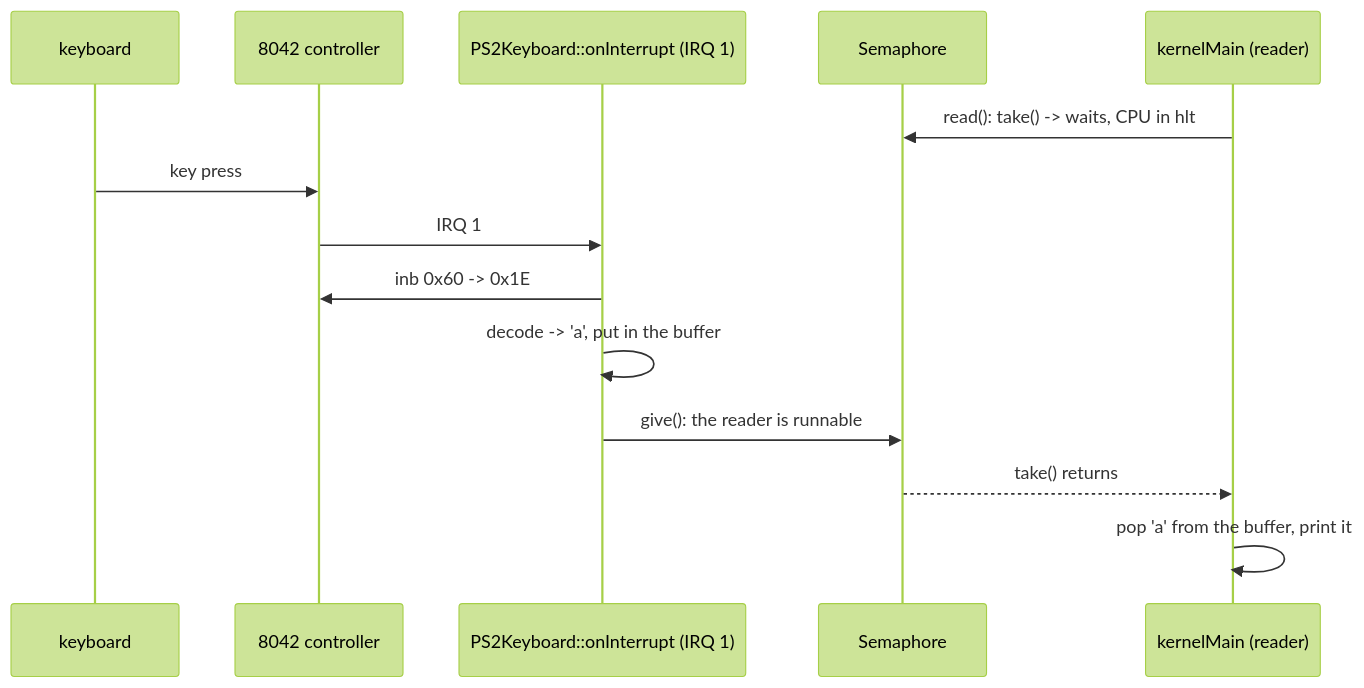
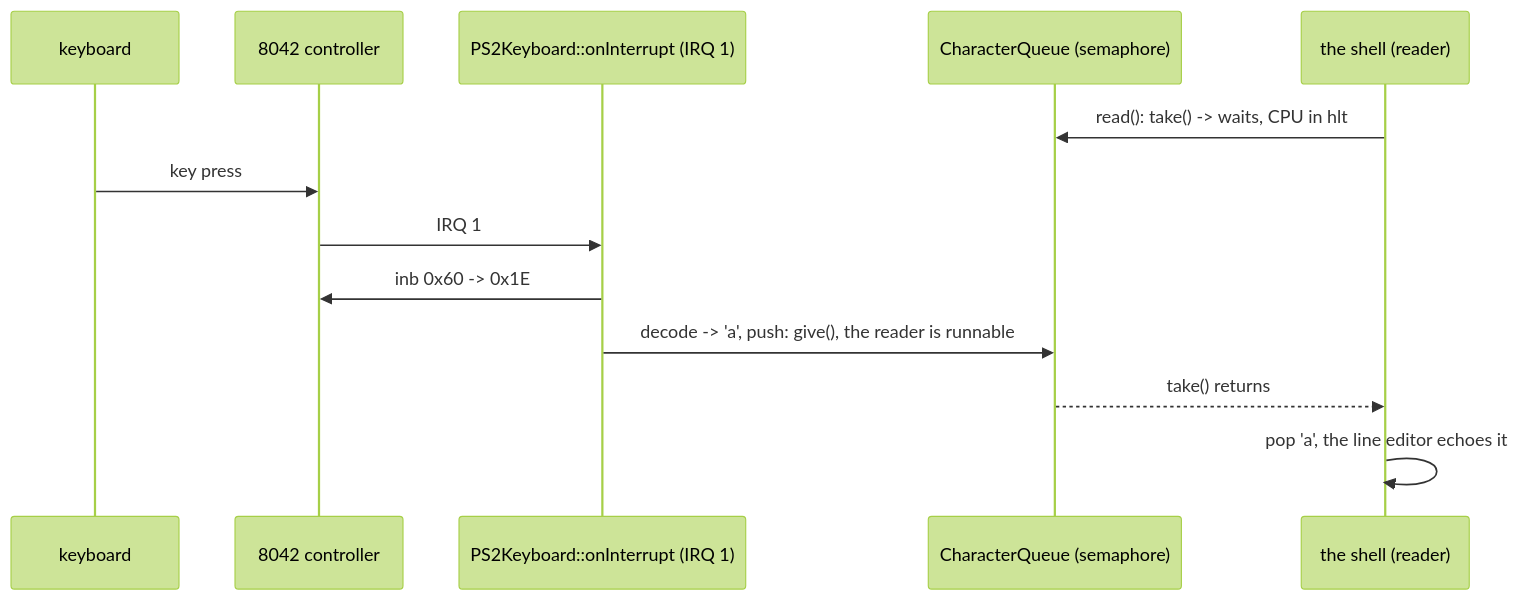
One commit to oguzhankynk/atlOS changed the first of 2 diagrams in kernel/drivers/README.md. Above: the diagram before and after it, drawn with Mermaid (forest theme). The commit also changed other lines of this file and 40 other files, not shown here.

````diff
--- a/kernel/drivers/README.md
+++ b/kernel/drivers/README.md
@@ -109,16 +116,15 @@
 ```mermaid
 sequenceDiagram
     participant K as keyboard
     participant C as 8042 controller
     participant H as PS2Keyboard::onInterrupt (IRQ 1)
-    participant S as Semaphore
-    participant T as kernelMain (reader)
+    participant S as CharacterQueue (semaphore)
+    participant T as the shell (reader)
     T->>S: read(): take() -> waits, CPU in hlt
     K->>C: key press
     C->>H: IRQ 1
     H->>C: inb 0x60 -> 0x1E
-    H->>H: decode -> 'a', put in the buffer
-    H->>S: give(): the reader is runnable
+    H->>S: decode -> 'a', push: give(), the reader is runnable
     S-->>T: take() returns
-    T->>T: pop 'a' from the buffer, print it
+    T->>T: pop 'a', the line editor echoes it
 ```
````
